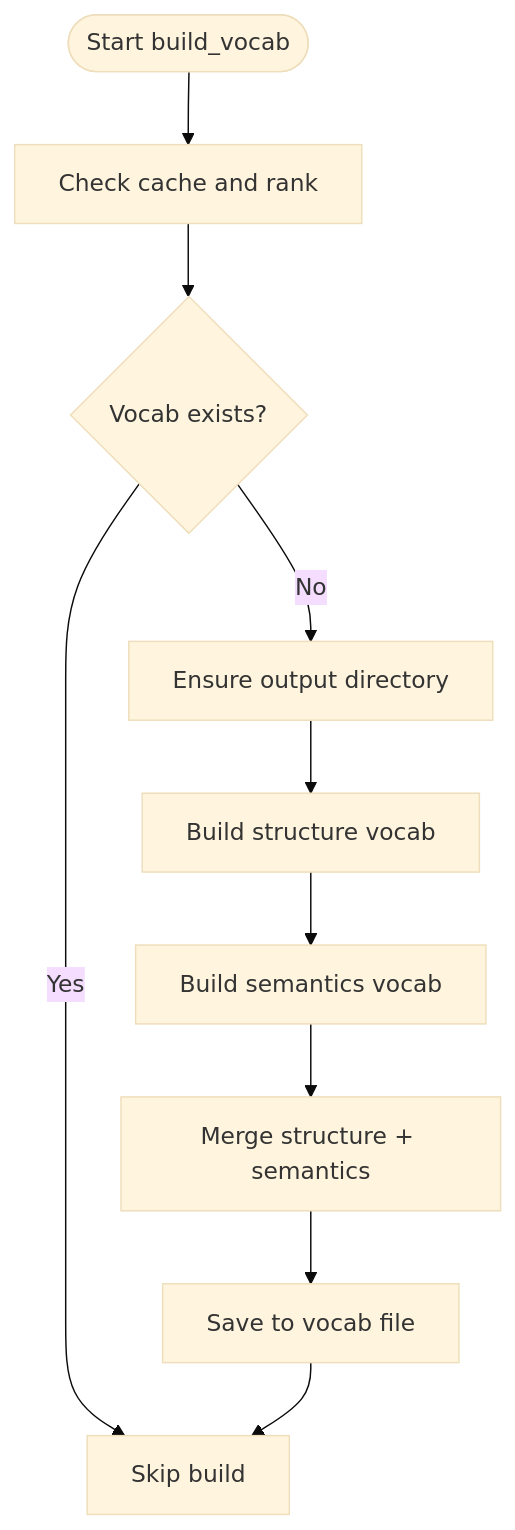
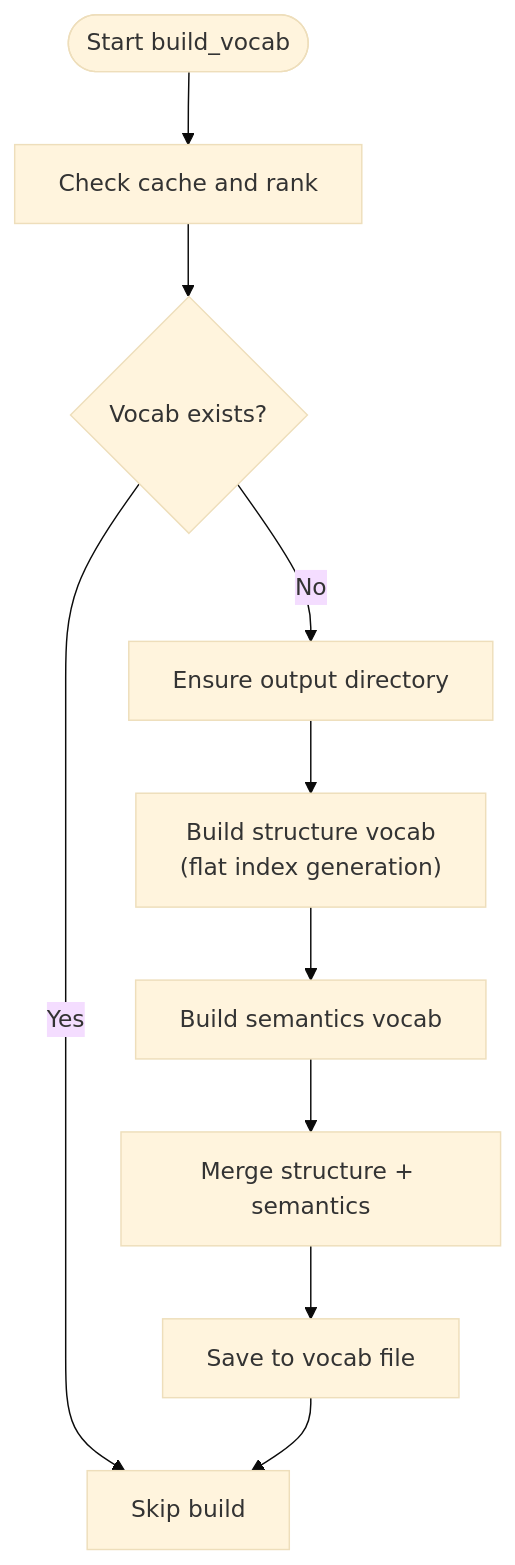
Before and after one commit to alibaba/graph-gpt: the third of 5 diagrams in .qoder/repowiki/en/content/Tokenization System/Vocabulary Building System.md, drawn with Mermaid (base theme). The commit also changed other lines of this file and 5 other files, not shown here.

````diff
--- a/.qoder/repowiki/en/content/Tokenization System/Vocabulary Building System.md
+++ b/.qoder/repowiki/en/content/Tokenization System/Vocabulary Building System.md
@@ -145,12 +152,12 @@
 ```mermaid
 flowchart TD
 Start(["Start build_vocab"]) --> CheckCache["Check cache and rank"]
 CheckCache --> Exists{"Vocab exists?"}
 Exists --> |Yes| Done["Skip build"]
 Exists --> |No| MkDir["Ensure output directory"]
-MkDir --> BuildStruct["Build structure vocab"]
+MkDir --> BuildStruct["Build structure vocab<br/>(flat index generation)"]
 BuildStruct --> BuildSemantics["Build semantics vocab"]
 BuildSemantics --> Merge["Merge structure + semantics"]
 Merge --> Save["Save to vocab file"]
 Save --> Done
 ```
````
